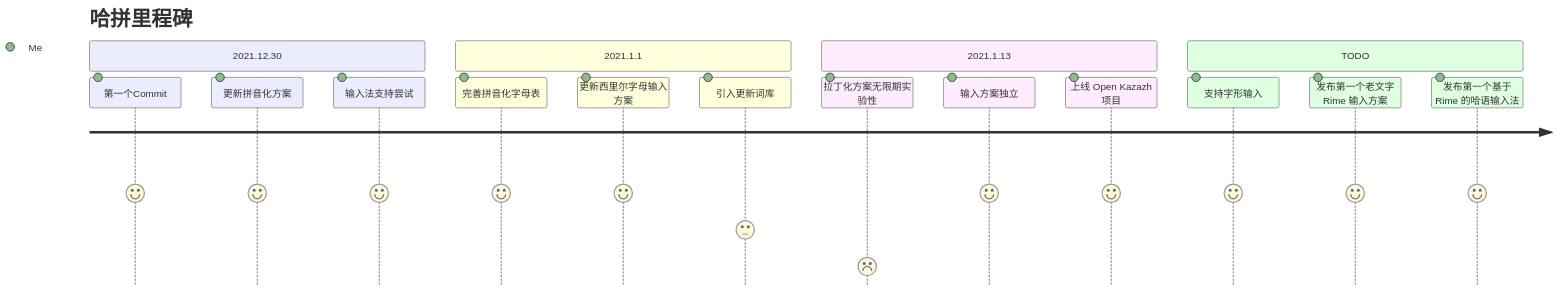
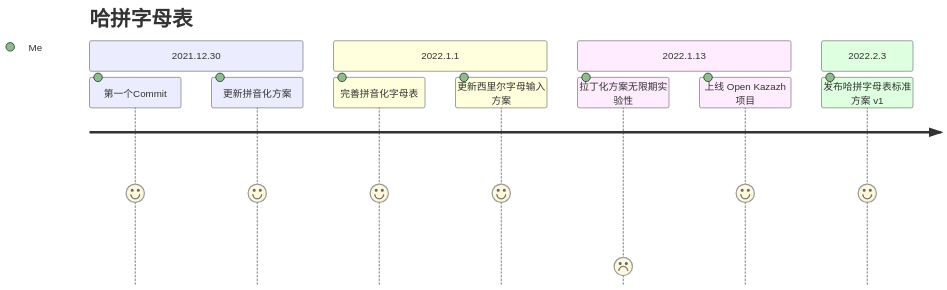
Before and after one commit to ha-pin/rime-kz-experiment: the first of 3 diagrams in milestone.md, drawn with Mermaid. The commit also changed other lines of this file and 1 other file, not shown here.

Commit message:
fix :bug: : fix bugs

````diff
--- a/milestone.md
+++ b/milestone.md
@@ -3,20 +3,15 @@
 ```mermaid
 journey
-    title 哈拼里程碑
+    title 哈拼字母表
     section 2021.12.30
       第一个Commit: 5: Me
       更新拼音化方案: 5: Me
-      输入法支持尝试: 5: Me
-    section 2021.1.1
+    section 2022.1.1
       完善拼音化字母表: 5: Me
       更新西里尔字母输入方案: 5: Me
-      引入更新词库: 3: Me
-    section 2021.1.13
+    section 2022.1.13
       拉丁化方案无限期实验性: 1: Me
-      输入方案独立: 5: Me
       上线 Open Kazazh 项目: 5 : Me
-    section TODO
-      支持字形输入: 5: Me
-      发布第一个老文字 Rime 输入方案: 5: Me
-      发布第一个基于 Rime 的哈语输入法: 5: Me
+    section 2022.2.3
+      发布哈拼字母表标准方案 v1: 5 : Me
 ```
````
